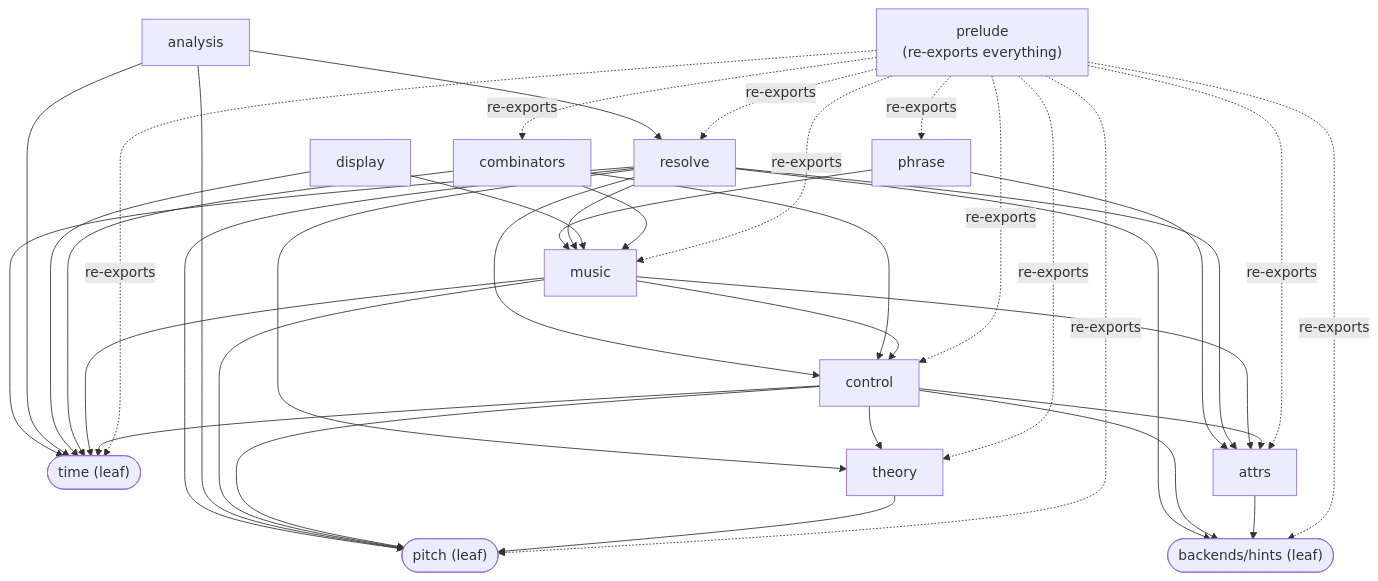
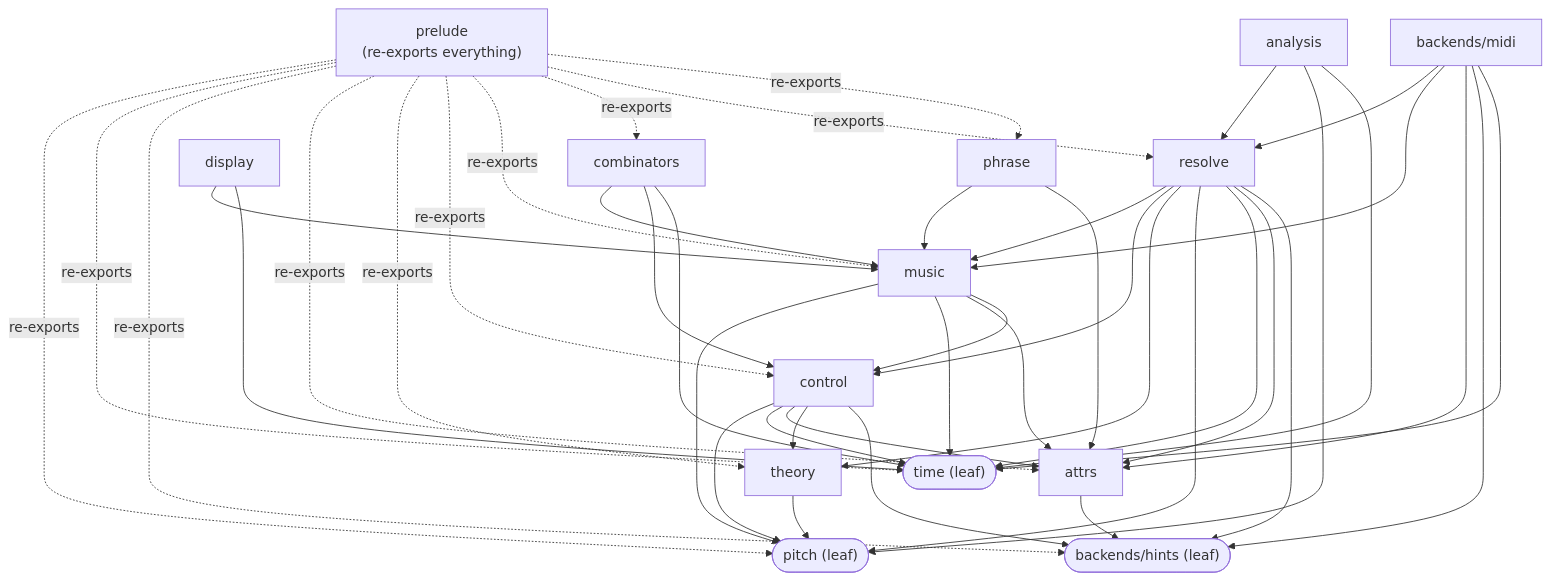
The first of 2 diagrams in docs/ARCHITECTURE.md (Soushi888/music-as-code), drawn with Mermaid before and after one commit. The commit also changed other lines of this file and 8 other files, not shown here.

First line of the commit message:
feat(backends): MIDI export via midly, M1 slice 5

````diff
--- a/docs/ARCHITECTURE.md
+++ b/docs/ARCHITECTURE.md
@@ -9,20 +9,21 @@
 ```mermaid
 graph TD
     prelude["prelude<br/>(re-exports everything)"]
 
     pitch(["pitch (leaf)"])
     time(["time (leaf)"])
     hints(["backends/hints (leaf)"])
 
     prelude -.->|re-exports| pitch & time & hints & attrs & theory & control & music & combinators & resolve & phrase
 
     attrs --> hints
     theory --> pitch
     control --> pitch & time & attrs & theory & hints
     music --> pitch & time & attrs & control
     combinators --> music & control & time
     display --> music & time
     analysis --> resolve & pitch & time
+    midi["backends/midi"] --> resolve & music & attrs & hints & time
     resolve --> music & control & theory & pitch & time & attrs & hints
     phrase --> music & attrs
 ```
````
